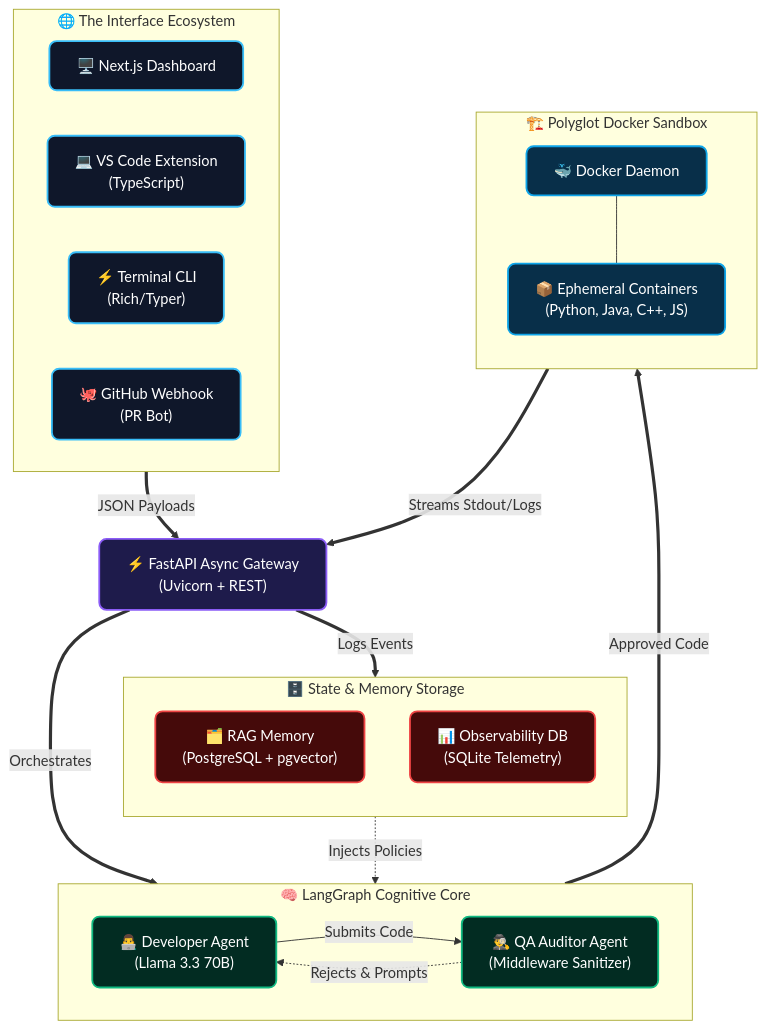
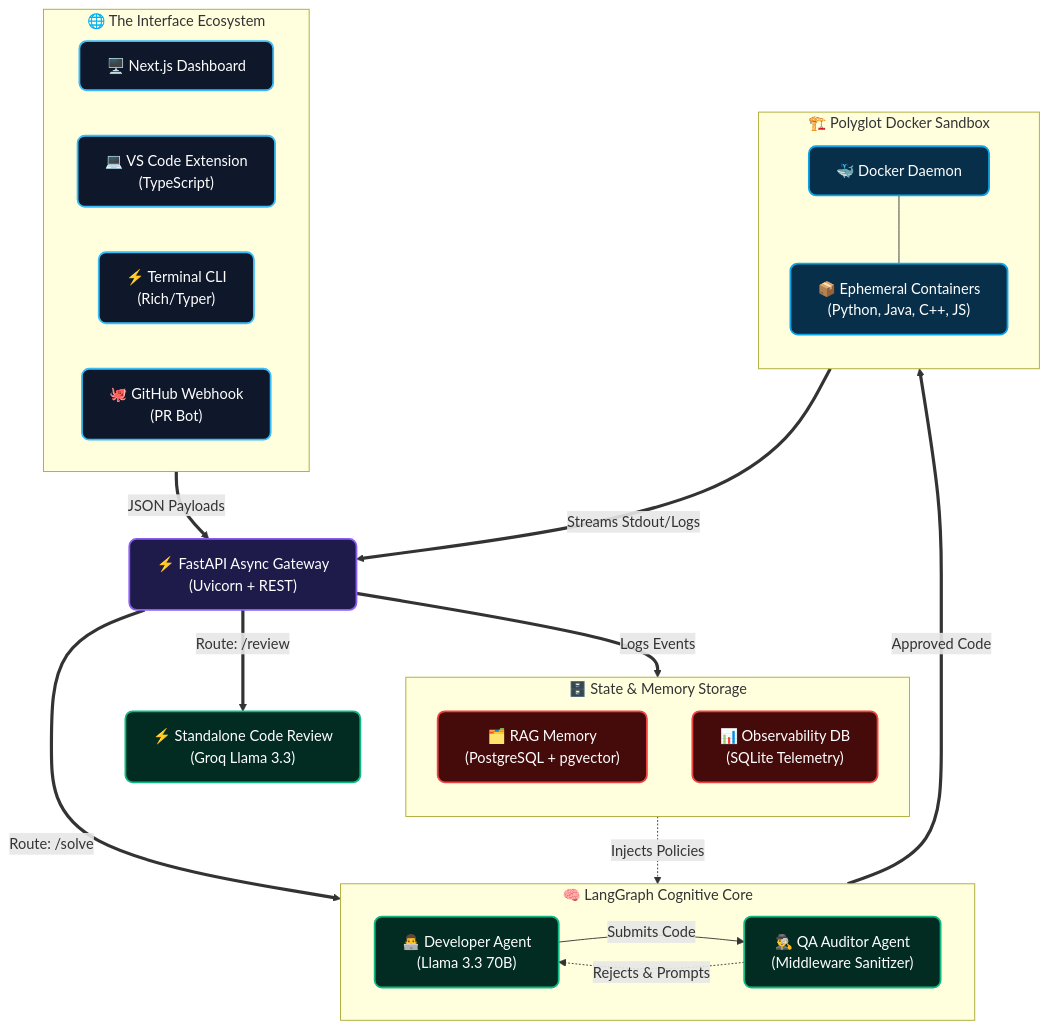
The diagram in README.md (Arjo216/CodeOps-ULTRA), drawn with Mermaid before and after one commit.

Commit message:
Update API routes in README

````diff
--- a/README.md
+++ b/README.md
@@ -102,54 +102,55 @@
 ```mermaid
 graph TD
     %% Custom Enterprise Styling
     classDef interface fill:#0f172a,stroke:#38bdf8,stroke-width:2px,color:#fff,rx:8px,ry:8px
     classDef gateway fill:#1e1b4b,stroke:#8b5cf6,stroke-width:2px,color:#fff,rx:8px,ry:8px
     classDef agent fill:#022c22,stroke:#10b981,stroke-width:2px,color:#fff,rx:8px,ry:8px
     classDef db fill:#450a0a,stroke:#ef4444,stroke-width:2px,color:#fff,rx:8px,ry:8px
     classDef docker fill:#082f49,stroke:#0ea5e9,stroke-width:2px,color:#fff,rx:8px,ry:8px
 
     %% Interface Layer
     subgraph Interfaces["🌐 The Interface Ecosystem"]
         direction LR
         UI["🖥️ Next.js Dashboard"]:::interface
         VSC["💻 VS Code Extension<br>(TypeScript)"]:::interface
         CLI["⚡ Terminal CLI<br>(Rich/Typer)"]:::interface
         GH["🐙 GitHub Webhook<br>(PR Bot)"]:::interface
     end
 
     %% Gateway
     API["⚡ FastAPI Async Gateway<br>(Uvicorn + REST)"]:::gateway
 
     %% Cognitive Core
     subgraph Cognitive["🧠 LangGraph Cognitive Core"]
         direction LR
         Dev["👨‍💻 Developer Agent<br>(Llama 3.3 70B)"]:::agent
         QA["🕵️‍♂️ QA Auditor Agent<br>(Middleware Sanitizer)"]:::agent
         Dev -->|Submits Code| QA
         QA -.->|Rejects & Prompts| Dev
     end
 
     %% Memory & Telemetry
     subgraph Storage["🗄️ State & Memory Storage"]
         direction TB
         VectorDB["🗂️ RAG Memory<br>(PostgreSQL + pgvector)"]:::db
         SQLite["📊 Observability DB<br>(SQLite Telemetry)"]:::db
     end
 
     %% Execution Engine
     subgraph Execution["🏗️ Polyglot Docker Sandbox"]
         direction TB
         Docker["🐳 Docker Daemon"]:::docker
         Sandbox["📦 Ephemeral Containers<br>(Python, Java, C++, JS)"]:::docker
         Docker --- Sandbox
     end
 
     %% Routing
     Interfaces ==>|JSON Payloads| API
-    API ==>|Orchestrates| Cognitive
+    API ==>|Route: /solve| Cognitive
+    API ==>|Route: /review| FastReview["⚡ Standalone Code Review<br>(Groq Llama 3.3)"]:::agent
     API ==>|Logs Events| SQLite
     
     VectorDB -.->|Injects Policies| Dev
     QA ==>|Approved Code| Docker
     Sandbox ==>|Streams Stdout/Logs| API
 ```
````
